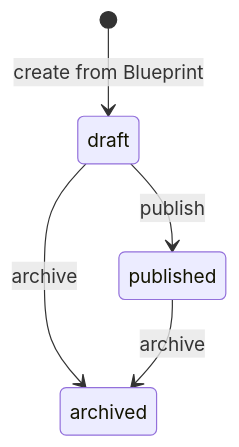
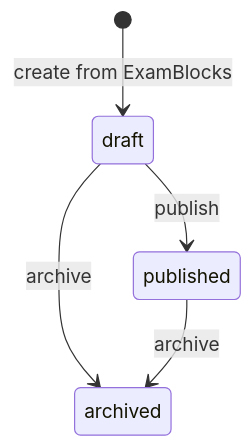
The fourth of 7 diagrams in docs/assessment/state-machine.md (Olikol-ai/longhuaCRM), drawn with Mermaid before and after one commit. The commit also changed other lines of this file and 86 other files, not shown here.

First line of the commit message:
feat: replace exam Blueprint/Template authoring with ExamBlocks

````diff
--- a/docs/assessment/state-machine.md
+++ b/docs/assessment/state-machine.md
@@ -149,7 +149,7 @@
 ```mermaid
 stateDiagram-v2
-  [*] --> draft: create from Blueprint
+  [*] --> draft: create from ExamBlocks
   draft --> published: publish
   draft --> archived: archive
   published --> archived: archive
 ```
````
